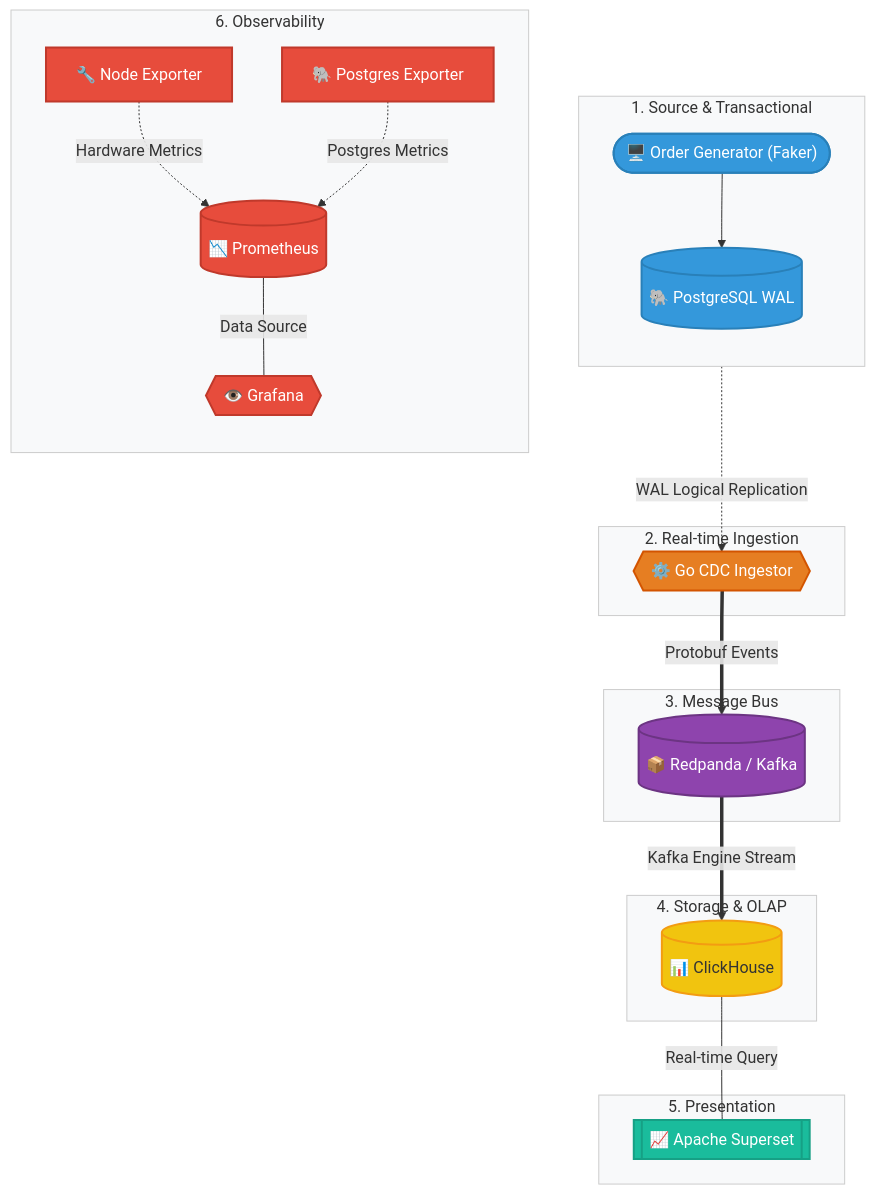
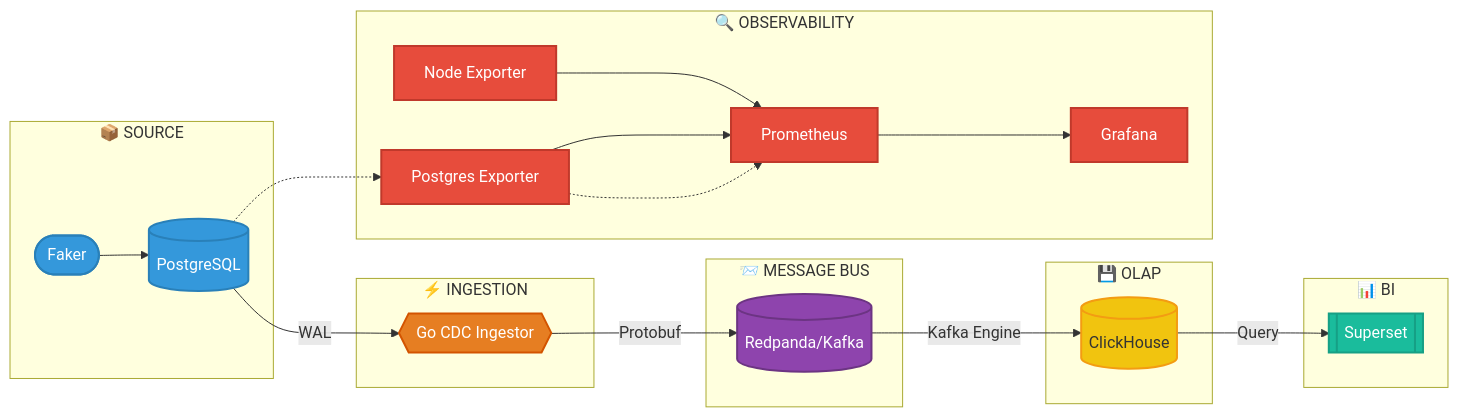
One commit to S4njuuu3291/realtime-pipeline changed the diagram in docs/system_architecture.md. Above: the diagram before and after it, drawn with Mermaid. The commit also changed other lines of this file, not shown here.

Commit message:
docs: simplify component explanations to match diagram

````diff
--- a/docs/system_architecture.md
+++ b/docs/system_architecture.md
@@ -5,60 +5,63 @@
 ```mermaid
-graph TB
-    %% Global Styles
+flowchart LR
+    %% Styles
     classDef source fill:#3498DB,stroke:#2980B9,stroke-width:2px,color:#fff;
     classDef logic fill:#E67E22,stroke:#D35400,stroke-width:2px,color:#fff;
     classDef broker fill:#8E44AD,stroke:#6C3483,stroke-width:2px,color:#fff;
     classDef analytics fill:#F1C40F,stroke:#F39C12,stroke-width:2px,color:#333;
     classDef visualize fill:#1ABC9C,stroke:#16A085,stroke-width:2px,color:#fff;
     classDef monitor fill:#E74C3C,stroke:#C0392B,stroke-width:2px,color:#fff;
-    classDef groupTitle fill:#F8F9FA,stroke:#CCC,stroke-width:1px,color:#333;
 
-    subgraph SOURCE["1. Source & Transactional"]
-        direction TB
-        gen(["🖥️  Order Generator (Faker)"]) --> pg[("🐘  PostgreSQL WAL")]       
+    %% ========== MAIN FLOW ==========
+    subgraph src ["📦 SOURCE"]
+        gen(["Faker"])
+        pg[("PostgreSQL")]
+        gen --> pg
     end
-    class SOURCE groupTitle;
 
-    subgraph INGESTION["2. Real-time Ingestion"]
-        go{{"⚙️  Go CDC Ingestor"}}
+    subgraph ingest ["⚡ INGESTION"]
+        go{{"Go CDC Ingestor"}}
     end
-    class INGESTION groupTitle;
 
-    subgraph BROKER["3. Message Bus"]
-        redpanda[("📦  Redpanda / Kafka")]
+    subgraph broker ["📨 MESSAGE BUS"]
+        redpanda[("Redpanda/Kafka")]
     end
-    class BROKER groupTitle;
 
-    subgraph WAREHOUSE["4. Storage & OLAP"]
-        ch[("📊  ClickHouse")]
+    subgraph olap ["💾 OLAP"]
+        ch[("ClickHouse")]
     end
-    class WAREHOUSE groupTitle;
 
-    subgraph BI["5. Presentation"]
-        superset[["📈  Apache Superset"]]
+    subgraph bi ["📊 BI"]
+        superset[["Superset"]]
     end
-    class BI groupTitle;
 
-    subgraph OBSERVABILITY["6. Observability"]
-        direction TB
-        node_exporter[🔧 Node Exporter] -.->|Hardware Metrics| prom[("📉  Prometheus")]
-        pg_exporter[🐘 Postgres Exporter] -.->|Postgres Metrics| prom
-        prom ---|Data Source| grafana{{"👁️  Grafana"}}
+    %% Connections antar subgraph (pendek karena subgraph sudah berisi node sendiri)
+    pg -->|WAL| go
+    go -->|Protobuf| redpanda
+    redpanda -->|Kafka Engine| ch
+    ch -->|Query| superset
+
+    %% ========== OBSERVABILITY ==========
+    subgraph obs ["🔍 OBSERVABILITY"]
+        node_exporter[Node Exporter]
+        pg_exporter[Postgres Exporter]
+        prom[Prometheus]
+        grafana[Grafana]
+        
+        node_exporter --> prom
+        pg_exporter --> prom
+        prom --> grafana
     end
-    class OBSERVABILITY groupTitle;
 
-    %% Main Pipeline Flow
-    pg -.->|WAL Logical Replication| go
-    go ==>|Protobuf Events| redpanda
-    redpanda ==>|Kafka Engine Stream| ch
-    ch ---|Real-time Query| superset
+    %% Observability connections (dotted, ga ganggu main flow)
+    pg -.-> pg_exporter
+    pg_exporter -.-> prom
 
-    %% Class assignment
-    class gen source;
-    class pg source;
+    %% Classes
+    class gen,pg source;
     class go logic;
     class redpanda broker;
     class ch analytics;
     class superset visualize;
     class node_exporter,pg_exporter,prom,grafana monitor;
 ```
````
